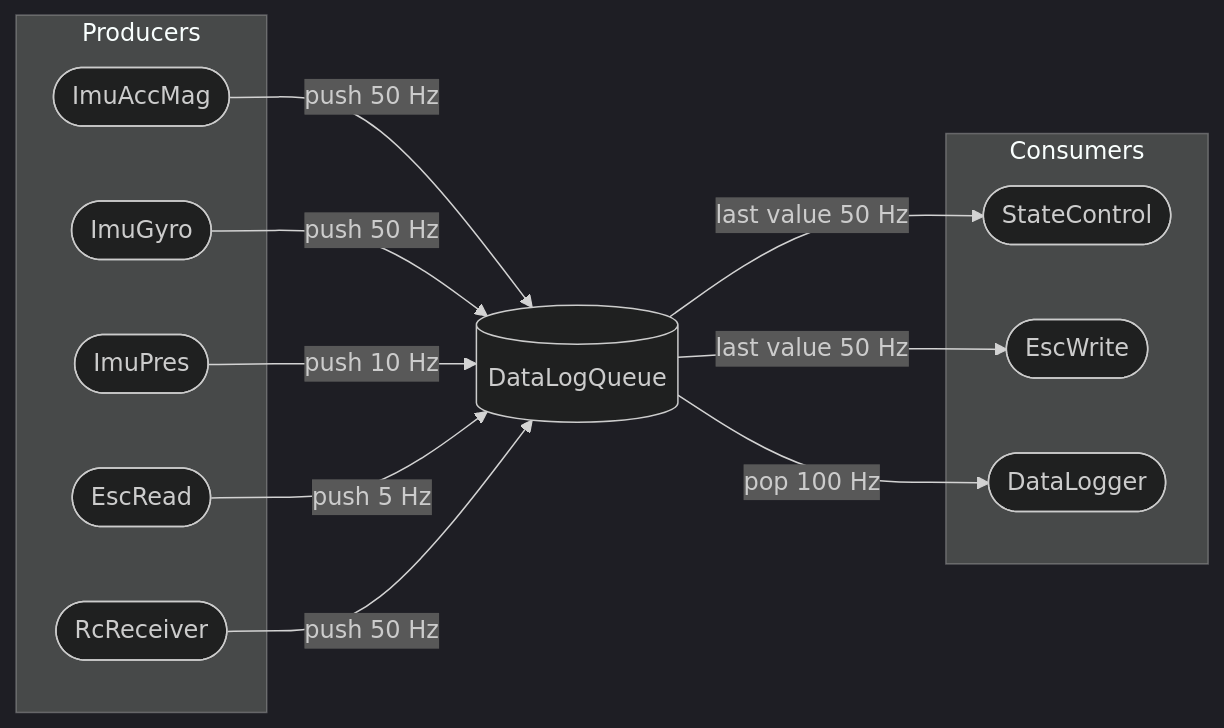
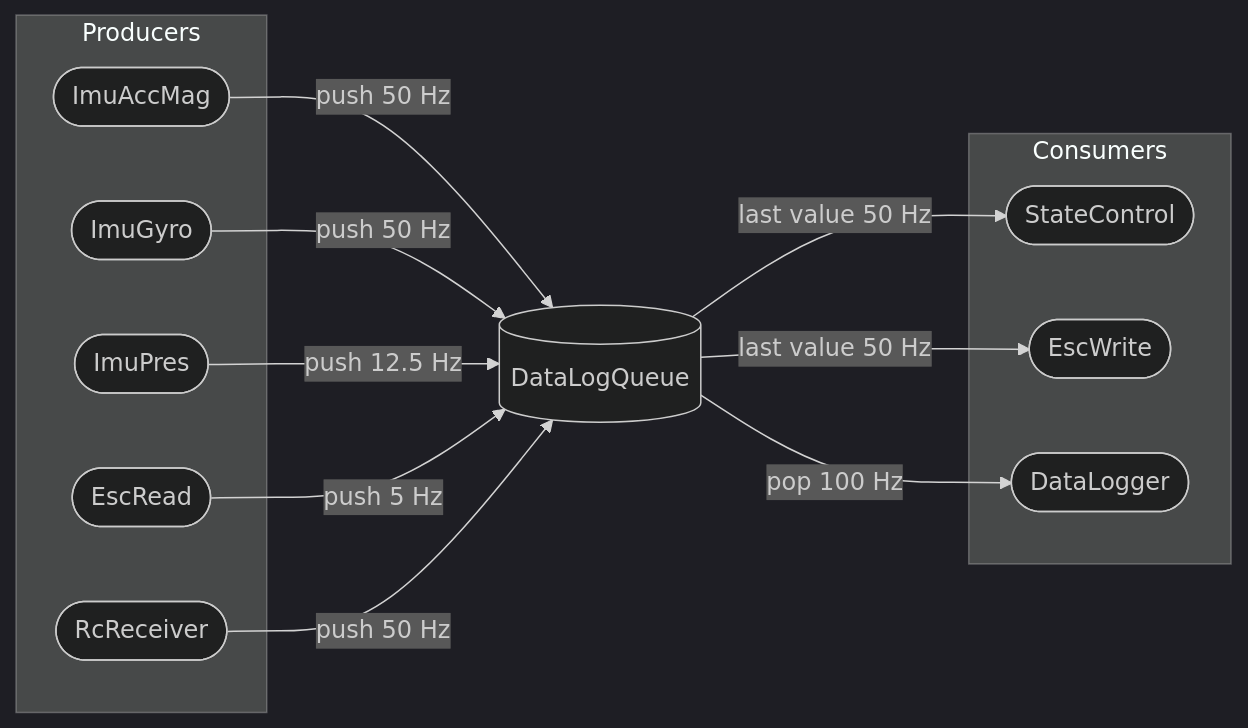
Before and after one commit to real-tintin/ugglan: the first of 3 diagrams in doc/source/drone.rst, drawn with Mermaid (dark theme). The commit also changed other lines of this file and 7 other files, not shown here.

```diff
--- a/doc/source/drone.rst
+++ b/doc/source/drone.rst
@@ -23,40 +23,40 @@
 .. mermaid::
     :caption: Overview of the drone software design. Tasks are stadium-shaped nodes.
 
     graph LR
         ImuAccMag([ImuAccMag])
         ImuGyro([ImuGyro])
         ImuPres([ImuPres])
 
         EscRead([EscRead])
         RcReceiver([RcReceiver])
 
         DataLogQueue[(DataLogQueue)]
 
         StateControl([StateControl])
         EscWrite([EscWrite])
         DataLogger([DataLogger])
 
         ImuAccMag -- push 50 Hz --> DataLogQueue
         ImuGyro -- push 50 Hz --> DataLogQueue
-        ImuPres -- push 10 Hz --> DataLogQueue
+        ImuPres -- push 12.5 Hz --> DataLogQueue
         EscRead -- push 5 Hz --> DataLogQueue
         RcReceiver -- push 50 Hz --> DataLogQueue
 
         DataLogQueue -- last value 50 Hz --> StateControl
         DataLogQueue -- last value 50 Hz --> EscWrite
         DataLogQueue -- pop 100 Hz --> DataLogger
 
         subgraph Producers
         ImuAccMag
         ImuGyro
         ImuPres
         EscRead
         RcReceiver
         end
 
         subgraph Consumers
         StateControl
         EscWrite
         DataLogger
         end
```
